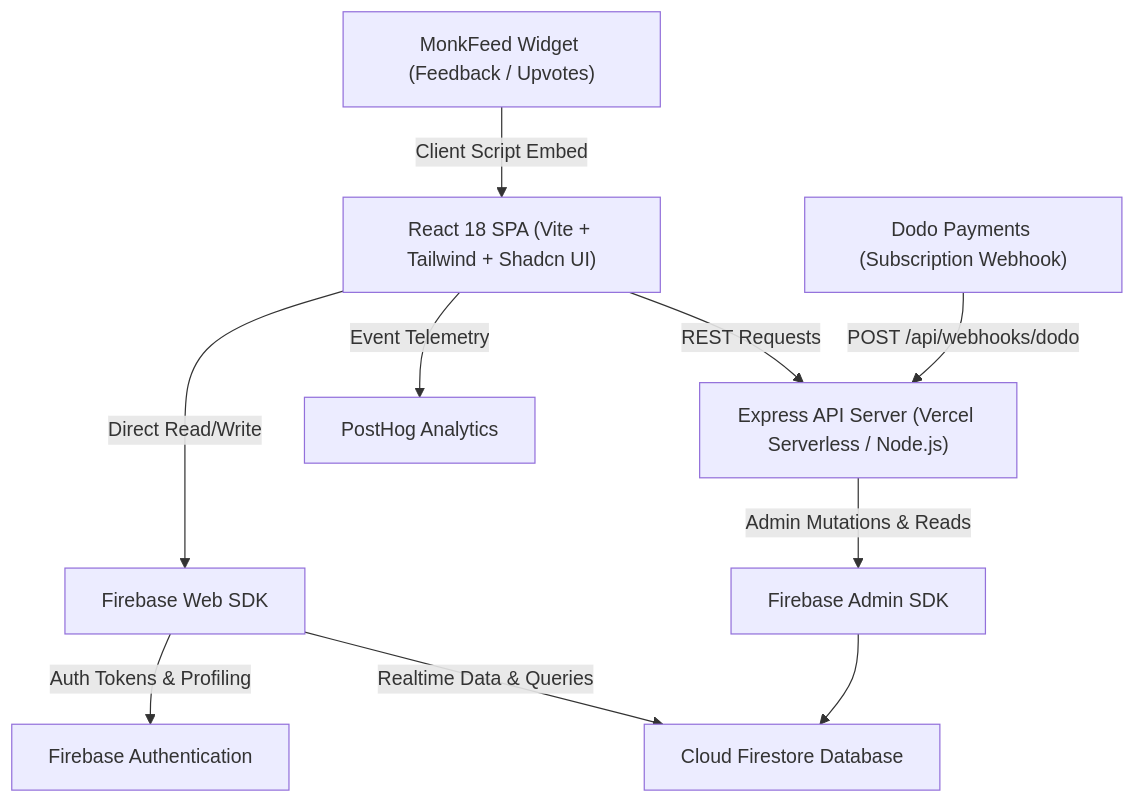
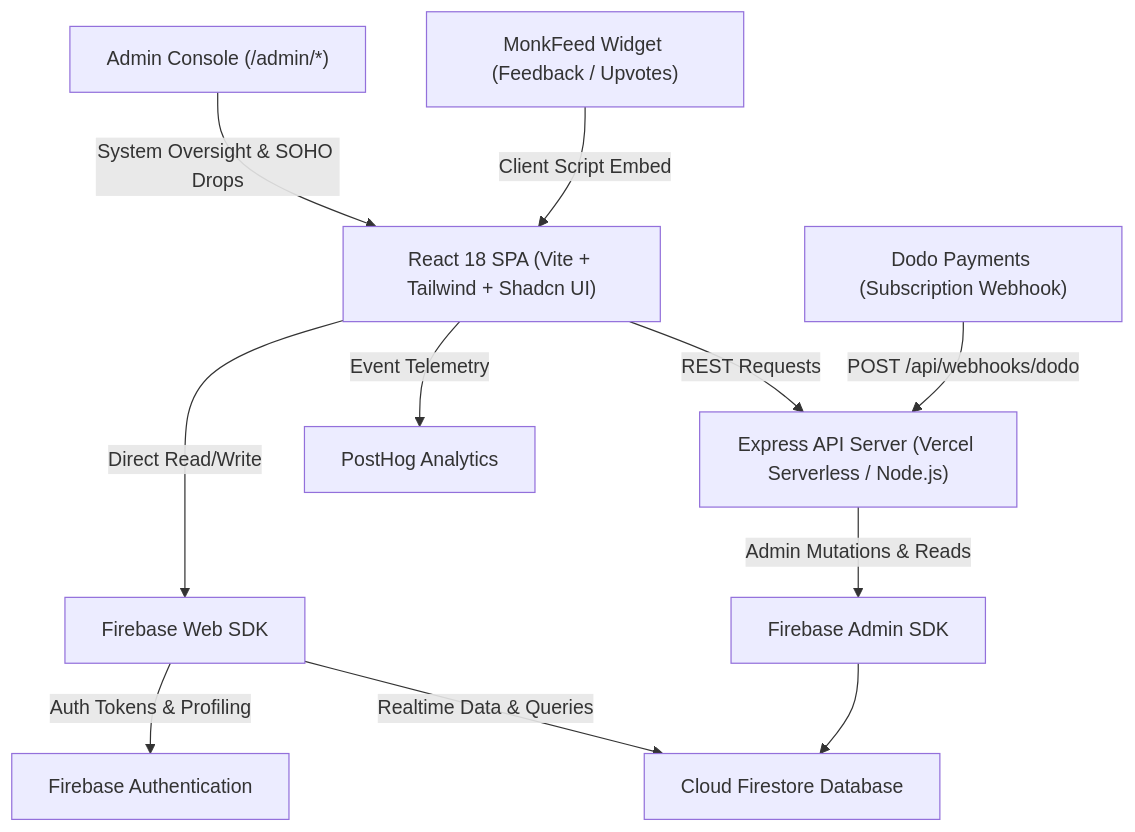
The diagram in docs/ARCHITECTURE.md (DISHA-ENTREXT3/soho-proof), drawn with Mermaid before and after one commit. The commit also changed other lines of this file and 4 other files, not shown here.

Commit message:
docs: Update Architecture, Database Design, Firebase Structure, PRD, and README for tiered quotas & admin portal

````diff
--- a/docs/ARCHITECTURE.md
+++ b/docs/ARCHITECTURE.md
@@ -12,24 +14,26 @@
 ```mermaid
 graph TD
     Client["React 18 SPA (Vite + Tailwind + Shadcn UI)"]
     FirebaseSDK["Firebase Web SDK"]
     ExpressAPI["Express API Server (Vercel Serverless / Node.js)"]
     FirebaseAuth["Firebase Authentication"]
     FirestoreDB["Cloud Firestore Database"]
     FirebaseAdmin["Firebase Admin SDK"]
     DodoPayments["Dodo Payments (Subscription Webhook)"]
     MonkFeed["MonkFeed Widget (Feedback / Upvotes)"]
     PostHog["PostHog Analytics"]
+    AdminPortal["Admin Console (/admin/*)"]
 
     Client -->|Direct Read/Write| FirebaseSDK
     FirebaseSDK -->|Auth Tokens & Profiling| FirebaseAuth
     FirebaseSDK -->|Realtime Data & Queries| FirestoreDB
 
     Client -->|REST Requests| ExpressAPI
     ExpressAPI -->|Admin Mutations & Reads| FirebaseAdmin
     FirebaseAdmin --> FirestoreDB
 
+    AdminPortal -->|System Oversight & SOHO Drops| Client
     DodoPayments -->|POST /api/webhooks/dodo| ExpressAPI
     MonkFeed -->|Client Script Embed| Client
     Client -->|Event Telemetry| PostHog
 ```
````
